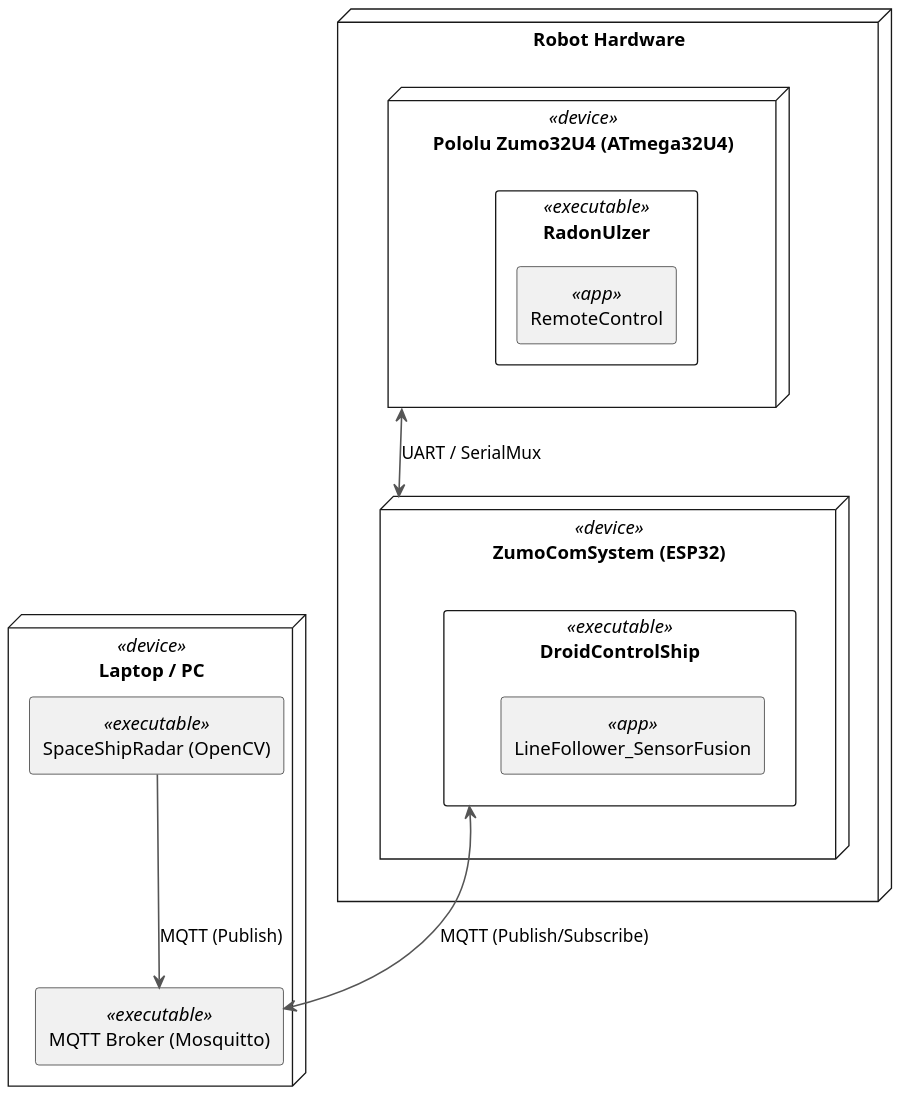
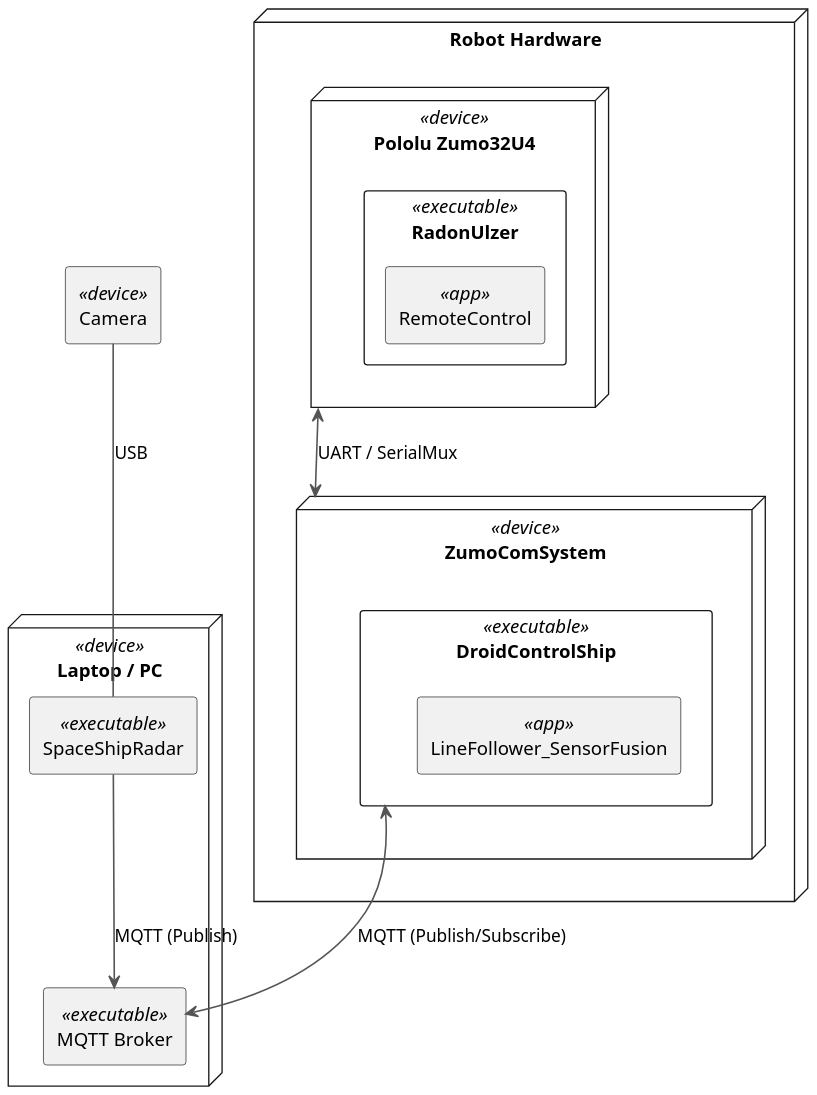
The diagram in doc/SensorFusion/architecture/DeploymentDiagram_RealWorld_SensorFusion.puml (BlueAndi/DroidControlShip), drawn with PlantUML before and after one commit. The commit also changed 4 other files, not shown here.

Commit message:
DeploymentDiagram

```diff
--- a/doc/SensorFusion/architecture/DeploymentDiagram_RealWorld_SensorFusion.puml
+++ b/doc/SensorFusion/architecture/DeploymentDiagram_RealWorld_SensorFusion.puml
@@ -1,37 +1,40 @@
 @startuml ZumoReal_MQTT
 skinparam dpi 150
 skinparam componentStyle rectangle
 skinparam ArrowColor #555
 skinparam ArrowThickness 1.2
 skinparam defaultFontName Helvetica
 
 
 
 node "Robot Hardware" {
-node "ZumoComSystem (ESP32)" <<device>> as ZCS {
+node "ZumoComSystem" <<device>> as ZCS {
     component "DroidControlShip" <<executable>> as DCS {
     component "LineFollower_SensorFusion" <<app>> as LineFollowerApp
     }
 }
 
-node "Pololu Zumo32U4 (ATmega32U4)" <<device>> as ZUMO {
+node "Pololu Zumo32U4" <<device>> as ZUMO {
     component "RadonUlzer" <<executable>> as RadonUlzer {
     component "RemoteControl" <<app>> as RemoteControlApp
     }
 }
 }
 
 node "Laptop / PC" <<device>> as HOST {
-    component "MQTT Broker (Mosquitto)" <<executable>> as BROKER
-    component "SpaceShipRadar (OpenCV)" <<executable>> as SSR
+    component "MQTT Broker" <<executable>> as BROKER
+    component "SpaceShipRadar" <<executable>> as SSR
 }
+
+component "Camera" <<device>> as CAMERA
 
 
 ' ==== Datenverbindungen ====
 ZUMO <--> ZCS : UART / SerialMux
 DCS <--> BROKER : MQTT (Publish/Subscribe)
 SSR --> BROKER : MQTT (Publish)
+CAMERA -- SSR : USB
 
 
 
 @enduml
```
